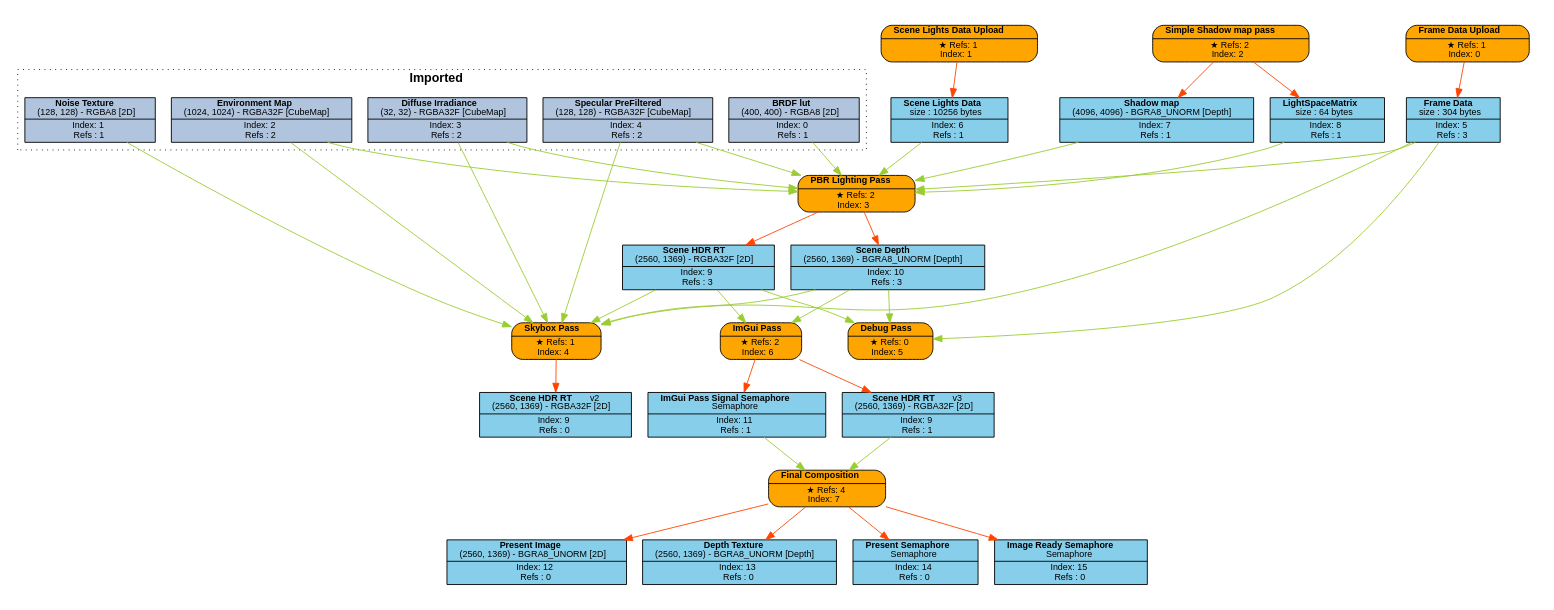
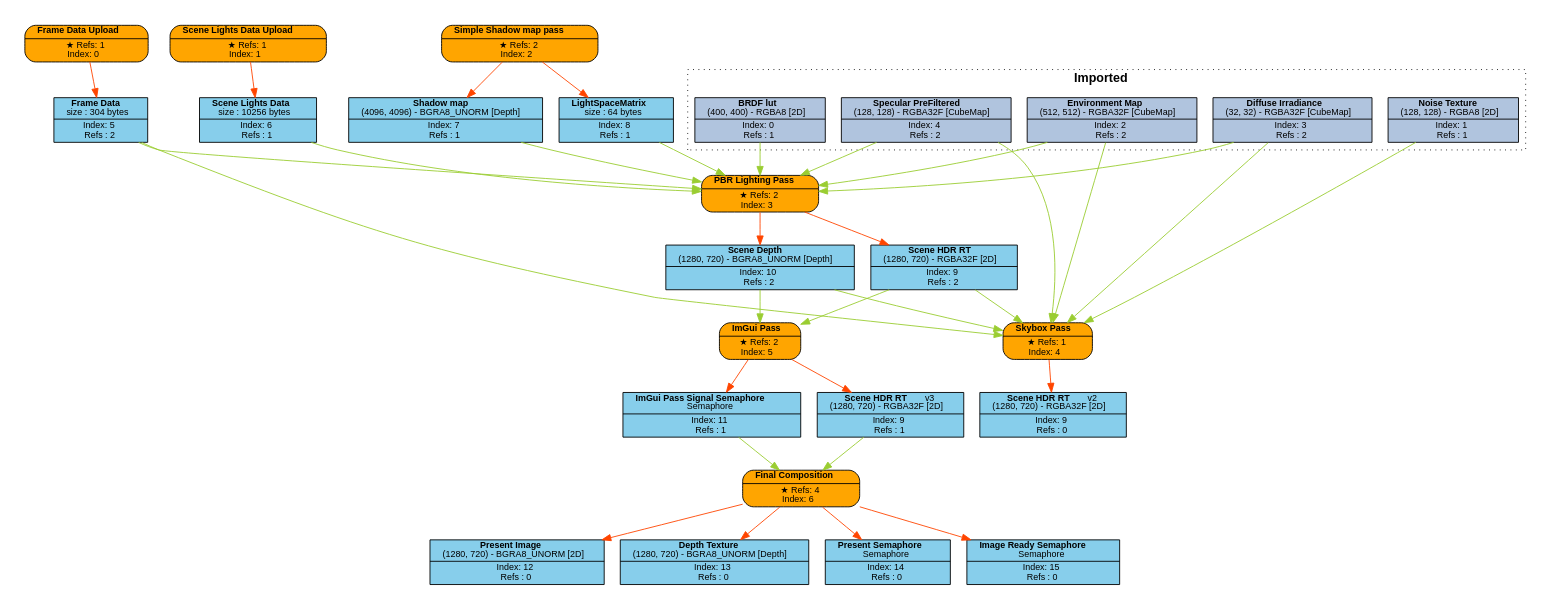
One commit to Pikachuxxxx/Razix changed the diagram in Engine/content/FrameGraphs/pbr_lighting_test.dot. Above: the diagram before and after it, drawn with Graphviz. The commit also changed 14 other files, not shown here.

```diff
--- a/Engine/content/FrameGraphs/pbr_lighting_test.dot
+++ b/Engine/content/FrameGraphs/pbr_lighting_test.dot
@@ -1,91 +1,86 @@
 digraph FrameGraph {
 graph [style=invis, rankdir="TB" ordering=out, splines=spline]
 node [shape=record, fontname="helvetica", fontsize=10, margin="0.2,0.03"]
 
 P0 [label=<{ {<B>Frame Data Upload</B>} | {&#x2605; Refs: 1<BR/> Index: 0} }> style="rounded,filled", fillcolor=orange]
 P1 [label=<{ {<B>Scene Lights Data Upload</B>} | {&#x2605; Refs: 1<BR/> Index: 1} }> style="rounded,filled", fillcolor=orange]
 P2 [label=<{ {<B>Simple Shadow map pass</B>} | {&#x2605; Refs: 2<BR/> Index: 2} }> style="rounded,filled", fillcolor=orange]
 P3 [label=<{ {<B>PBR Lighting Pass</B>} | {&#x2605; Refs: 2<BR/> Index: 3} }> style="rounded,filled", fillcolor=orange]
 P4 [label=<{ {<B>Skybox Pass</B>} | {&#x2605; Refs: 1<BR/> Index: 4} }> style="rounded,filled", fillcolor=orange]
-P5 [label=<{ {<B>Debug Pass</B>} | {&#x2605; Refs: 0<BR/> Index: 5} }> style="rounded,filled", fillcolor=orange]
-P6 [label=<{ {<B>ImGui Pass</B>} | {&#x2605; Refs: 2<BR/> Index: 6} }> style="rounded,filled", fillcolor=orange]
-P7 [label=<{ {<B>Final Composition</B>} | {&#x2605; Refs: 4<BR/> Index: 7} }> style="rounded,filled", fillcolor=orange]
+P5 [label=<{ {<B>ImGui Pass</B>} | {&#x2605; Refs: 2<BR/> Index: 5} }> style="rounded,filled", fillcolor=orange]
+P6 [label=<{ {<B>Final Composition</B>} | {&#x2605; Refs: 4<BR/> Index: 6} }> style="rounded,filled", fillcolor=orange]
 
 R0_1 [label=<{ {<B>BRDF lut</B><BR/>(400, 400) - RGBA8 [2D]} | {Index: 0<BR/>Refs : 1} }> style=filled, fillcolor=lightsteelblue]
 R1_1 [label=<{ {<B>Noise Texture</B><BR/>(128, 128) - RGBA8 [2D]} | {Index: 1<BR/>Refs : 1} }> style=filled, fillcolor=lightsteelblue]
-R2_1 [label=<{ {<B>Environment Map</B><BR/>(1024, 1024) - RGBA32F [CubeMap]} | {Index: 2<BR/>Refs : 2} }> style=filled, fillcolor=lightsteelblue]
+R2_1 [label=<{ {<B>Environment Map</B><BR/>(512, 512) - RGBA32F [CubeMap]} | {Index: 2<BR/>Refs : 2} }> style=filled, fillcolor=lightsteelblue]
 R3_1 [label=<{ {<B>Diffuse Irradiance</B><BR/>(32, 32) - RGBA32F [CubeMap]} | {Index: 3<BR/>Refs : 2} }> style=filled, fillcolor=lightsteelblue]
 R4_1 [label=<{ {<B>Specular PreFiltered</B><BR/>(128, 128) - RGBA32F [CubeMap]} | {Index: 4<BR/>Refs : 2} }> style=filled, fillcolor=lightsteelblue]
-R5_1 [label=<{ {<B>Frame Data</B><BR/>size : 304 bytes} | {Index: 5<BR/>Refs : 3} }> style=filled, fillcolor=skyblue]
+R5_1 [label=<{ {<B>Frame Data</B><BR/>size : 304 bytes} | {Index: 5<BR/>Refs : 2} }> style=filled, fillcolor=skyblue]
 R6_1 [label=<{ {<B>Scene Lights Data</B><BR/>size : 10256 bytes} | {Index: 6<BR/>Refs : 1} }> style=filled, fillcolor=skyblue]
 R7_1 [label=<{ {<B>Shadow map</B><BR/>(4096, 4096) - BGRA8_UNORM [Depth]} | {Index: 7<BR/>Refs : 1} }> style=filled, fillcolor=skyblue]
 R8_1 [label=<{ {<B>LightSpaceMatrix</B><BR/>size : 64 bytes} | {Index: 8<BR/>Refs : 1} }> style=filled, fillcolor=skyblue]
-R9_1 [label=<{ {<B>Scene HDR RT</B><BR/>(2560, 1369) - RGBA32F [2D]} | {Index: 9<BR/>Refs : 3} }> style=filled, fillcolor=skyblue]
-R10_1 [label=<{ {<B>Scene Depth</B><BR/>(2560, 1369) - BGRA8_UNORM [Depth]} | {Index: 10<BR/>Refs : 3} }> style=filled, fillcolor=skyblue]
-R9_2 [label=<{ {<B>Scene HDR RT</B>   <FONT>v2</FONT><BR/>(2560, 1369) - RGBA32F [2D]} | {Index: 9<BR/>Refs : 0} }> style=filled, fillcolor=skyblue]
+R9_1 [label=<{ {<B>Scene HDR RT</B><BR/>(1280, 720) - RGBA32F [2D]} | {Index: 9<BR/>Refs : 2} }> style=filled, fillcolor=skyblue]
+R10_1 [label=<{ {<B>Scene Depth</B><BR/>(1280, 720) - BGRA8_UNORM [Depth]} | {Index: 10<BR/>Refs : 2} }> style=filled, fillcolor=skyblue]
+R9_2 [label=<{ {<B>Scene HDR RT</B>   <FONT>v2</FONT><BR/>(1280, 720) - RGBA32F [2D]} | {Index: 9<BR/>Refs : 0} }> style=filled, fillcolor=skyblue]
 R11_1 [label=<{ {<B>ImGui Pass Signal Semaphore</B><BR/>Semaphore} | {Index: 11<BR/>Refs : 1} }> style=filled, fillcolor=skyblue]
-R9_3 [label=<{ {<B>Scene HDR RT</B>   <FONT>v3</FONT><BR/>(2560, 1369) - RGBA32F [2D]} | {Index: 9<BR/>Refs : 1} }> style=filled, fillcolor=skyblue]
-R12_1 [label=<{ {<B>Present Image</B><BR/>(2560, 1369) - BGRA8_UNORM [2D]} | {Index: 12<BR/>Refs : 0} }> style=filled, fillcolor=skyblue]
-R13_1 [label=<{ {<B>Depth Texture</B><BR/>(2560, 1369) - BGRA8_UNORM [Depth]} | {Index: 13<BR/>Refs : 0} }> style=filled, fillcolor=skyblue]
+R9_3 [label=<{ {<B>Scene HDR RT</B>   <FONT>v3</FONT><BR/>(1280, 720) - RGBA32F [2D]} | {Index: 9<BR/>Refs : 1} }> style=filled, fillcolor=skyblue]
+R12_1 [label=<{ {<B>Present Image</B><BR/>(1280, 720) - BGRA8_UNORM [2D]} | {Index: 12<BR/>Refs : 0} }> style=filled, fillcolor=skyblue]
+R13_1 [label=<{ {<B>Depth Texture</B><BR/>(1280, 720) - BGRA8_UNORM [Depth]} | {Index: 13<BR/>Refs : 0} }> style=filled, fillcolor=skyblue]
 R14_1 [label=<{ {<B>Present Semaphore</B><BR/>Semaphore} | {Index: 14<BR/>Refs : 0} }> style=filled, fillcolor=skyblue]
 R15_1 [label=<{ {<B>Image Ready Semaphore</B><BR/>Semaphore} | {Index: 15<BR/>Refs : 0} }> style=filled, fillcolor=skyblue]
 
 P0 -> { R5_1 } [color=orangered]
 P1 -> { R6_1 } [color=orangered]
 P2 -> { R7_1 R8_1 } [color=orangered]
 P3 -> { R9_1 R10_1 } [color=orangered]
 P4 -> { R9_2 } [color=orangered]
-P5 -> { } [color=orangered]
-P6 -> { R9_3 R11_1 } [color=orangered]
-P7 -> { R12_1 R13_1 R14_1 R15_1 } [color=orangered]
+P5 -> { R9_3 R11_1 } [color=orangered]
+P6 -> { R12_1 R13_1 R14_1 R15_1 } [color=orangered]
 
 R0_1 -> { P3 } [color=olivedrab3]
 R1_1 -> { P4 } [color=olivedrab3]
 R2_1 -> { P3 P4 } [color=olivedrab3]
 R3_1 -> { P3 P4 } [color=olivedrab3]
 R4_1 -> { P3 P4 } [color=olivedrab3]
-R5_1 -> { P3 P4 P5 } [color=olivedrab3]
+R5_1 -> { P3 P4 } [color=olivedrab3]
 R6_1 -> { P3 } [color=olivedrab3]
 R7_1 -> { P3 } [color=olivedrab3]
 R8_1 -> { P3 } [color=olivedrab3]
-R9_1 -> { P4 P5 P6 } [color=olivedrab3]
-R10_1 -> { P4 P5 P6 } [color=olivedrab3]
+R9_1 -> { P4 P5 } [color=olivedrab3]
+R10_1 -> { P4 P5 } [color=olivedrab3]
 R9_2 -> { } [color=olivedrab3]
-R11_1 -> { P7 } [color=olivedrab3]
-R9_3 -> { P7 } [color=olivedrab3]
+R11_1 -> { P6 } [color=olivedrab3]
+R9_3 -> { P6 } [color=olivedrab3]
 R12_1 -> { } [color=olivedrab3]
 R13_1 -> { } [color=olivedrab3]
 R14_1 -> { } [color=olivedrab3]
 R15_1 -> { } [color=olivedrab3]
 
 subgraph cluster_0 {
 P0 R5_1 
 }
 subgraph cluster_1 {
 P1 R6_1 
 }
 subgraph cluster_2 {
 P2 R7_1 R8_1 
 }
 subgraph cluster_3 {
 P3 R9_1 R10_1 
 }
 subgraph cluster_4 {
 P4 
 }
 subgraph cluster_5 {
-P5 
+P5 R11_1 
 }
 subgraph cluster_6 {
-P6 R11_1 
-}
-subgraph cluster_7 {
-P7 R12_1 R13_1 R14_1 R15_1 
+P6 R12_1 R13_1 R14_1 R15_1 
 }
 
 subgraph cluster_imported_resources {
 graph [style=dotted, fontname="helvetica", label=< <B>Imported</B> >]
 R0_1 R1_1 R2_1 R3_1 R4_1 
 }
 
 }
```
